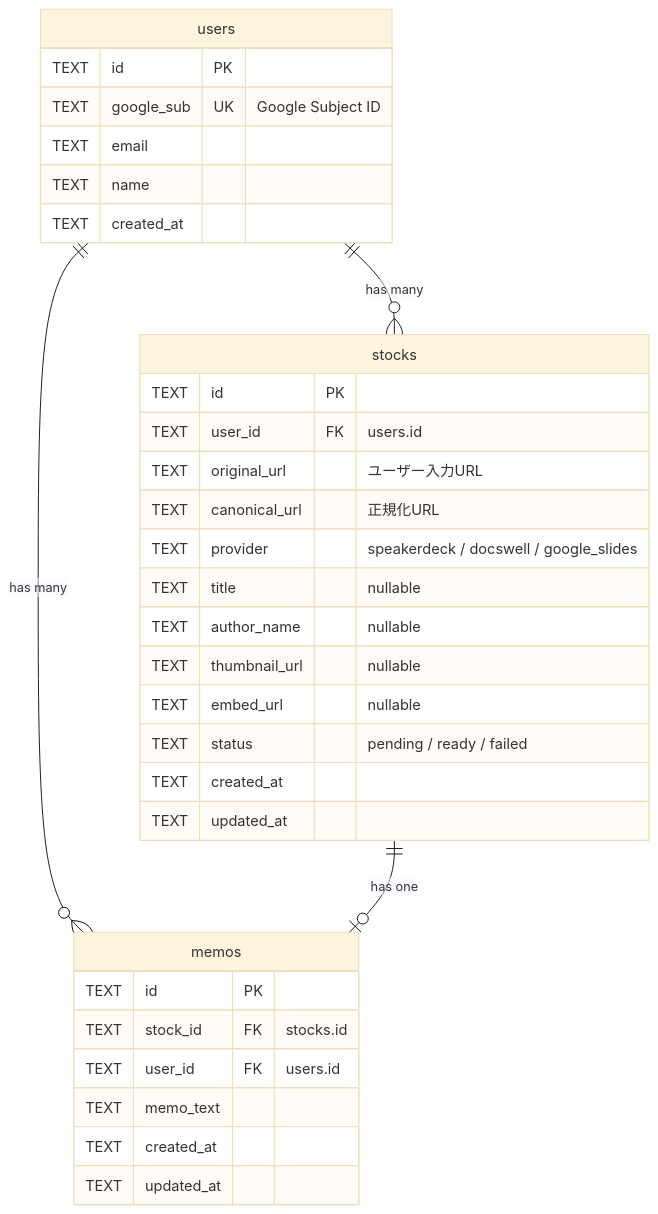
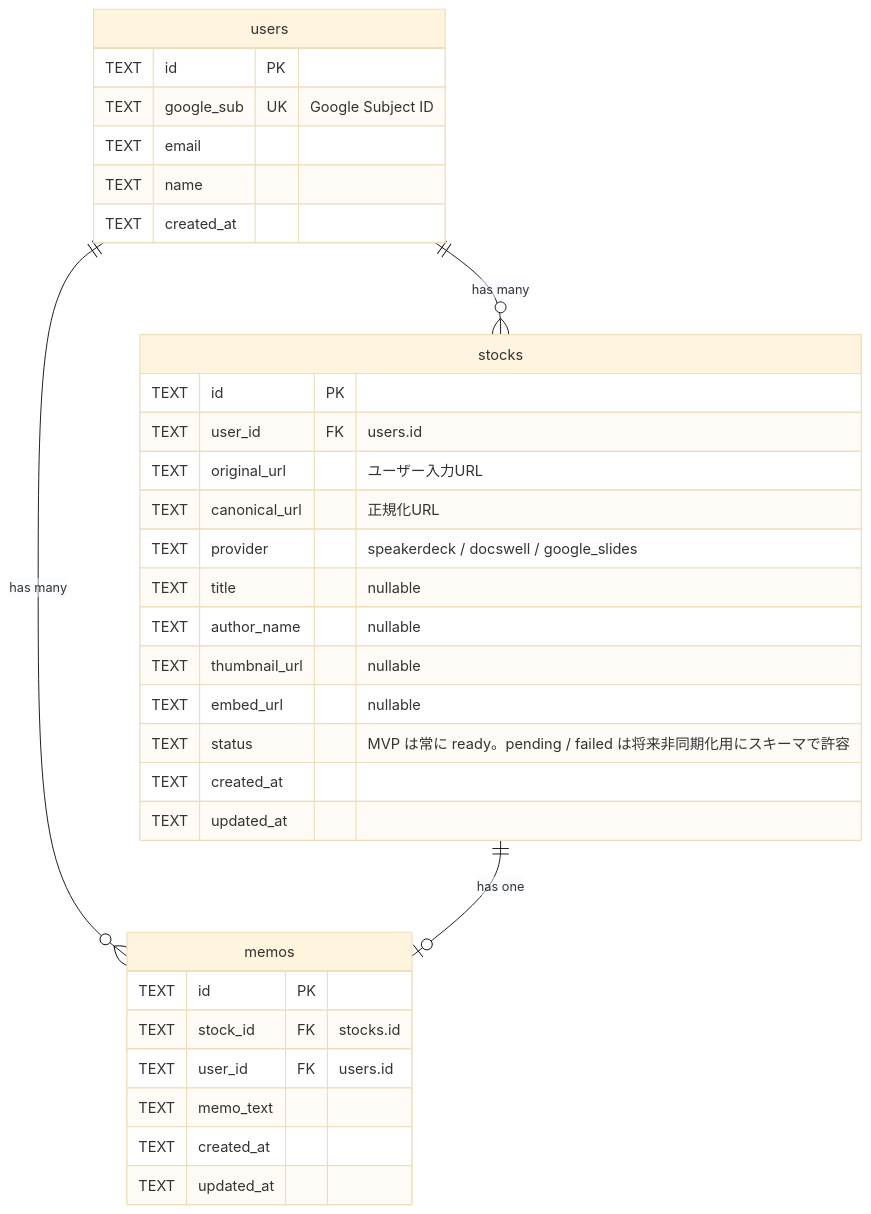
The first of 3 diagrams in docs/database.md (gorou-178/slide-stock), drawn with Mermaid (base theme) before and after one commit. The commit also changed other lines of this file and 3 other files, not shown here.

````diff
--- a/docs/database.md
+++ b/docs/database.md
@@ -5,38 +5,38 @@
 ```mermaid
 erDiagram
     users ||--o{ stocks : "has many"
     users ||--o{ memos : "has many"
     stocks ||--o| memos : "has one"
 
     users {
         TEXT id PK
         TEXT google_sub UK "Google Subject ID"
         TEXT email
         TEXT name
         TEXT created_at
     }
 
     stocks {
         TEXT id PK
         TEXT user_id FK "users.id"
         TEXT original_url "ユーザー入力URL"
         TEXT canonical_url "正規化URL"
         TEXT provider "speakerdeck / docswell / google_slides"
         TEXT title "nullable"
         TEXT author_name "nullable"
         TEXT thumbnail_url "nullable"
         TEXT embed_url "nullable"
-        TEXT status "pending / ready / failed"
+        TEXT status "MVP は常に ready。pending / failed は将来非同期化用にスキーマで許容"
         TEXT created_at
         TEXT updated_at
     }
 
     memos {
         TEXT id PK
         TEXT stock_id FK "stocks.id"
         TEXT user_id FK "users.id"
         TEXT memo_text
         TEXT created_at
         TEXT updated_at
     }
 ```
````
